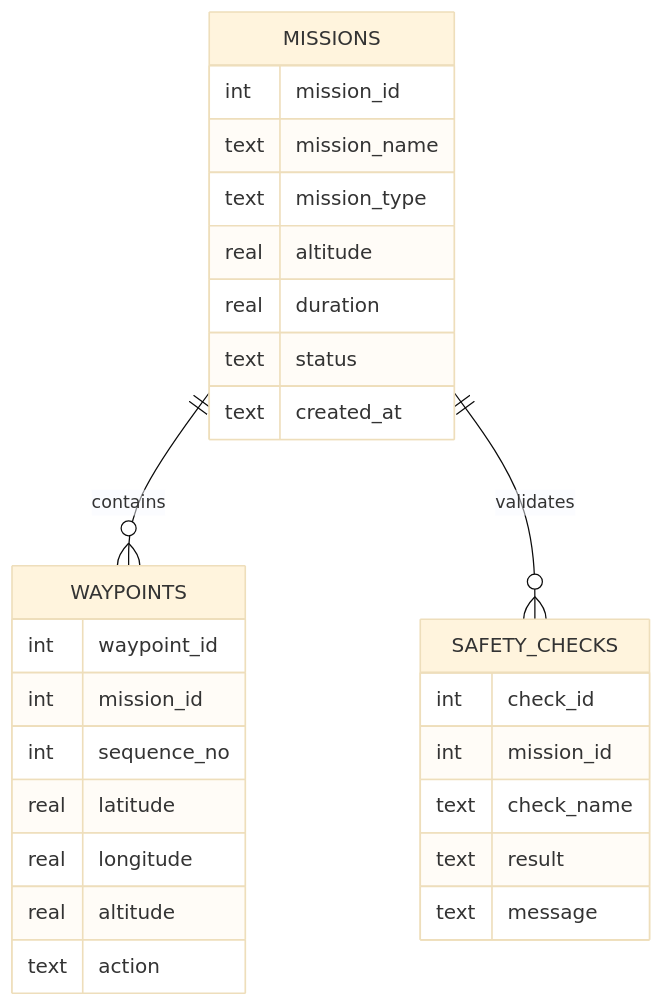
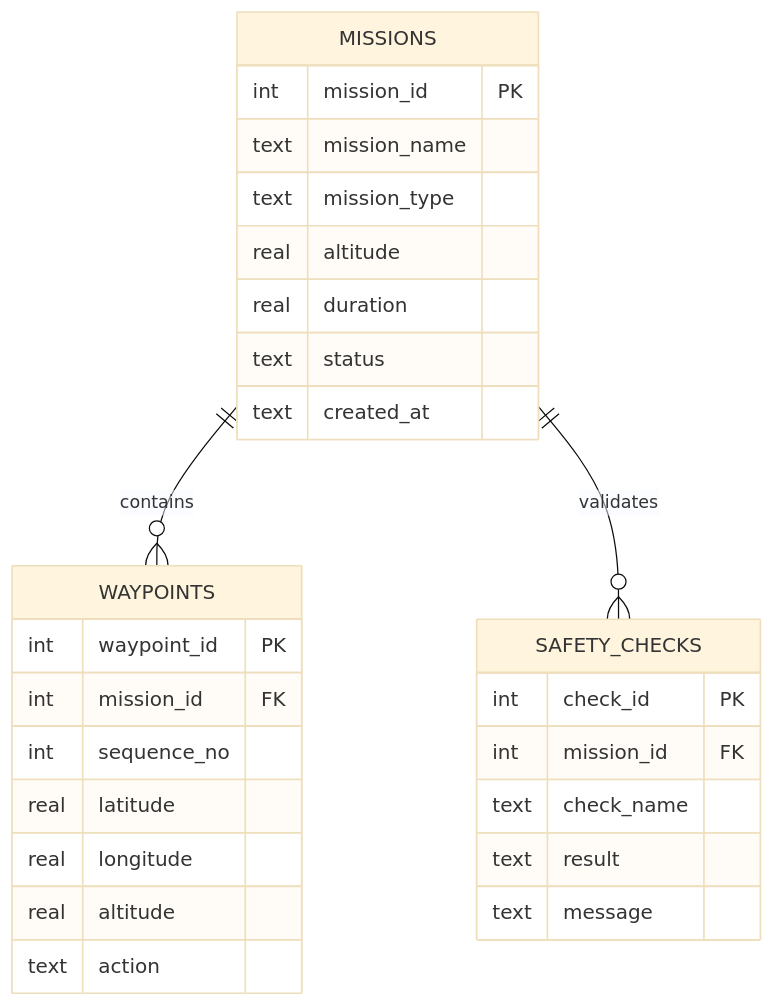
One commit to AbdulAzeemHashmi/agentic-uav-mission-planner changed the second of 2 diagrams in README.md. Above: the diagram before and after it, drawn with Mermaid (base theme). The commit also changed other lines of this file, not shown here.

````diff
--- a/README.md
+++ b/README.md
@@ -335,30 +353,30 @@
 ```mermaid
 erDiagram
     MISSIONS ||--o{ WAYPOINTS : contains
     MISSIONS ||--o{ SAFETY_CHECKS : validates
     MISSIONS {
-        int mission_id
+        int mission_id PK
         text mission_name
         text mission_type
         real altitude
         real duration
         text status
         text created_at
     }
     WAYPOINTS {
-        int waypoint_id
-        int mission_id
+        int waypoint_id PK
+        int mission_id FK
         int sequence_no
         real latitude
         real longitude
         real altitude
         text action
     }
     SAFETY_CHECKS {
-        int check_id
-        int mission_id
+        int check_id PK
+        int mission_id FK
         text check_name
         text result
         text message
     }
 ```
````
